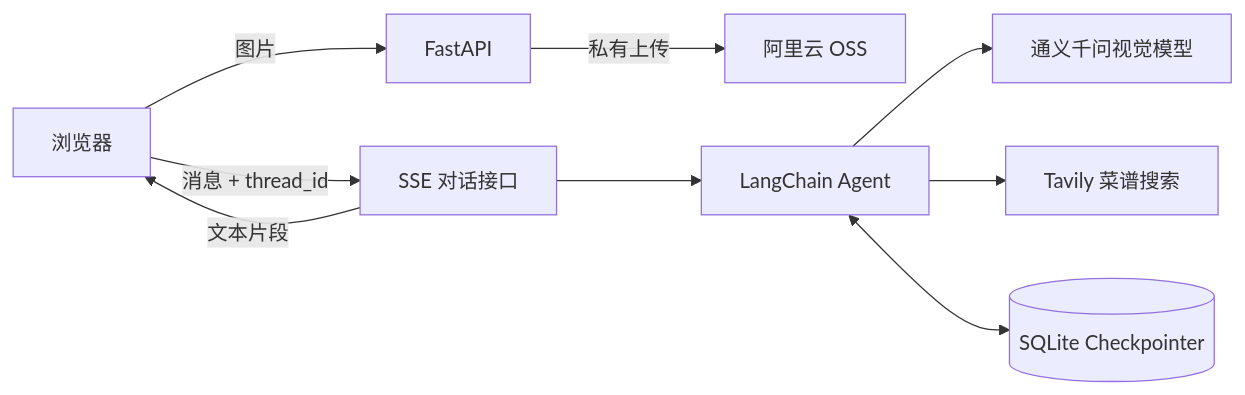
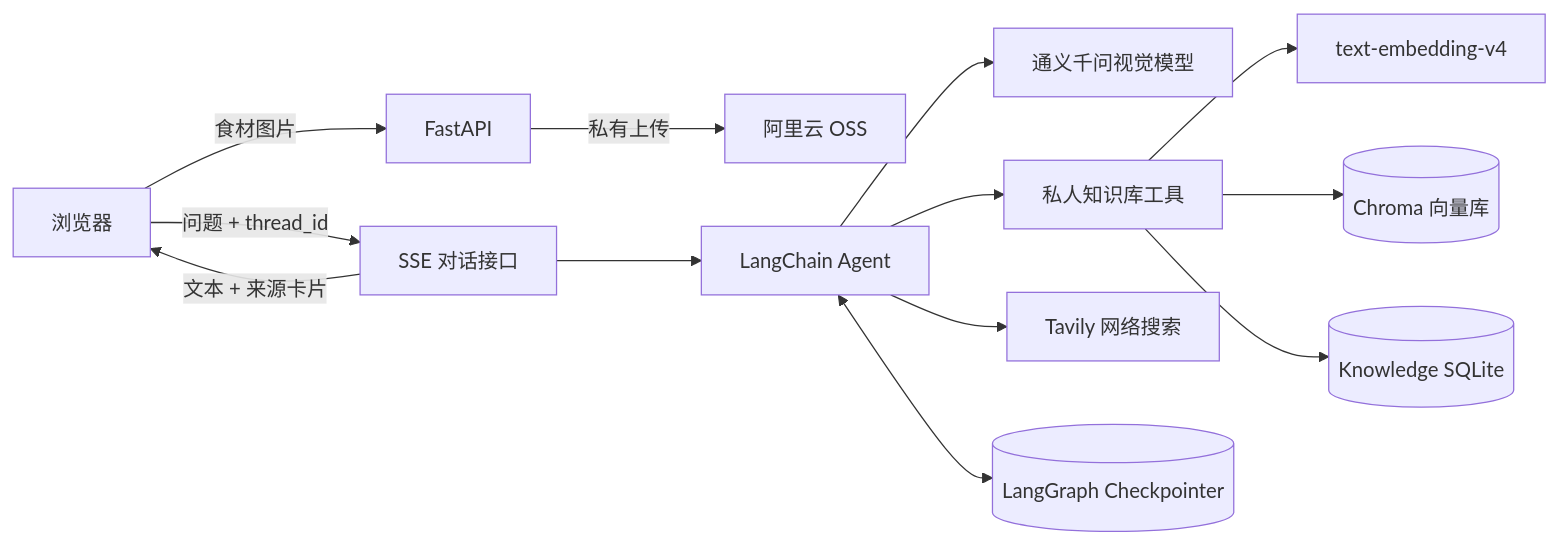
One commit to honghuan316-cyber/ai-private-chef-langchain changed the diagram in README.md. Above: the diagram before and after it, drawn with Mermaid. The commit also changed other lines of this file and 6 other files, not shown here.

Commit message:
test: add RAG evaluation and API coverage

````diff
--- a/README.md
+++ b/README.md
@@ -16,11 +19,15 @@
 ```mermaid
 flowchart LR
-    U[浏览器] -->|图片| API[FastAPI]
+    U[浏览器] -->|食材图片| API[FastAPI]
     API -->|私有上传| OSS[阿里云 OSS]
-    U -->|消息 + thread_id| SSE[SSE 对话接口]
+    U -->|问题 + thread_id| SSE[SSE 对话接口]
     SSE --> AGENT[LangChain Agent]
     AGENT --> QWEN[通义千问视觉模型]
-    AGENT --> TAVILY[Tavily 菜谱搜索]
-    AGENT <--> DB[(SQLite Checkpointer)]
-    SSE -->|文本片段| U
+    AGENT --> RAG[私人知识库工具]
+    AGENT --> WEB[Tavily 网络搜索]
+    RAG --> EMB[text-embedding-v4]
+    RAG --> CHROMA[(Chroma 向量库)]
+    RAG --> META[(Knowledge SQLite)]
+    AGENT <--> MEMORY[(LangGraph Checkpointer)]
+    SSE -->|文本 + 来源卡片| U
 ```
````
